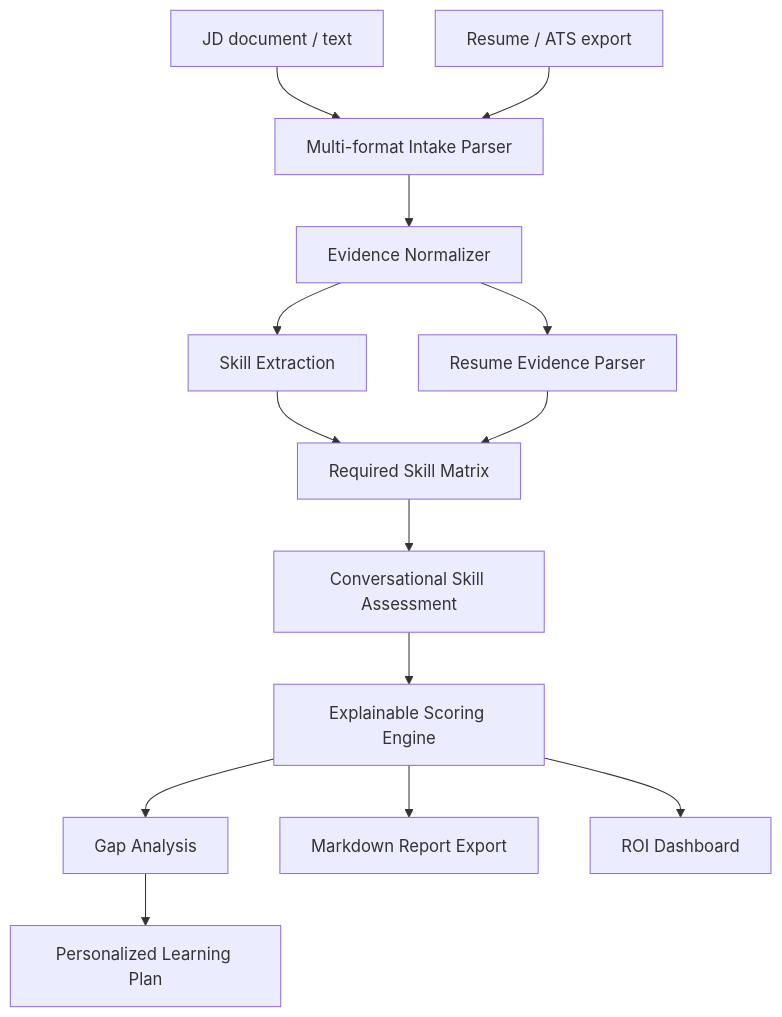
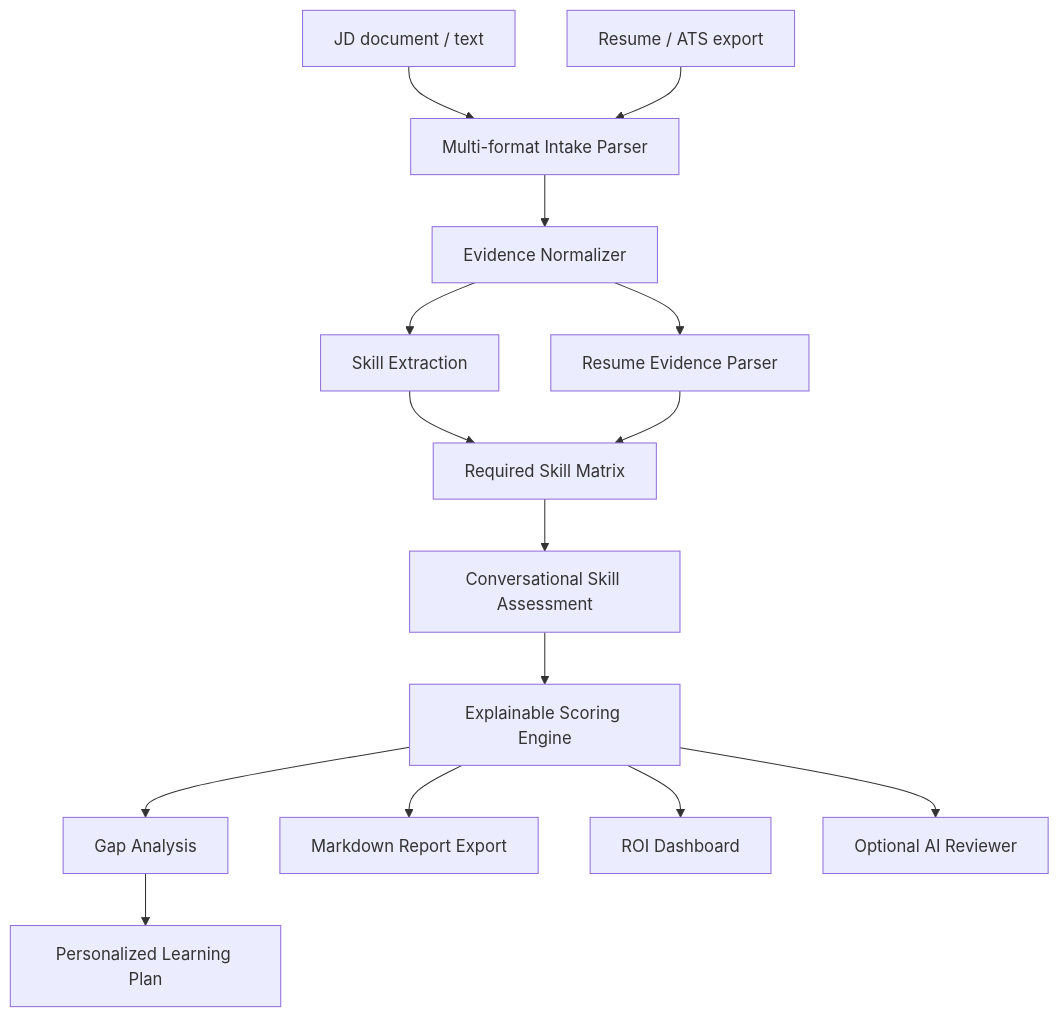
The diagram in docs/ARCHITECTURE.md (Sehaj64/catalyst-talent-agent), drawn with Mermaid before and after one commit. The commit also changed other lines of this file and 7 other files, not shown here.

Commit message:
Add optional AI reviewer mode

````diff
--- a/docs/ARCHITECTURE.md
+++ b/docs/ARCHITECTURE.md
@@ -5,16 +5,17 @@
 ```mermaid
 flowchart TD
     A["JD document / text"] --> B["Multi-format Intake Parser"]
     C["Resume / ATS export"] --> B
     B --> D["Evidence Normalizer"]
     D --> E["Skill Extraction"]
     D --> F["Resume Evidence Parser"]
     E --> G["Required Skill Matrix"]
     F --> G
     G --> H["Conversational Skill Assessment"]
     H --> I["Explainable Scoring Engine"]
     I --> J["Gap Analysis"]
     J --> K["Personalized Learning Plan"]
     I --> L["Markdown Report Export"]
     I --> M["ROI Dashboard"]
+    I --> N["Optional AI Reviewer"]
 ```
````
